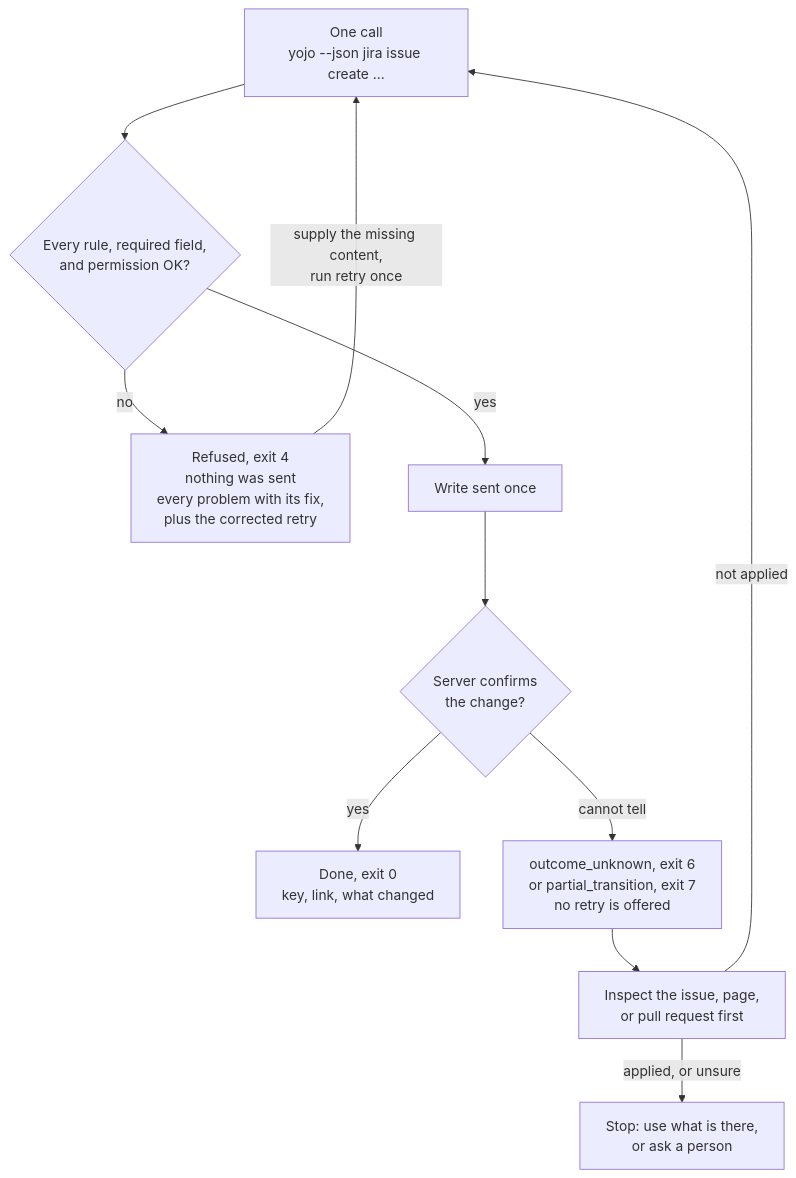
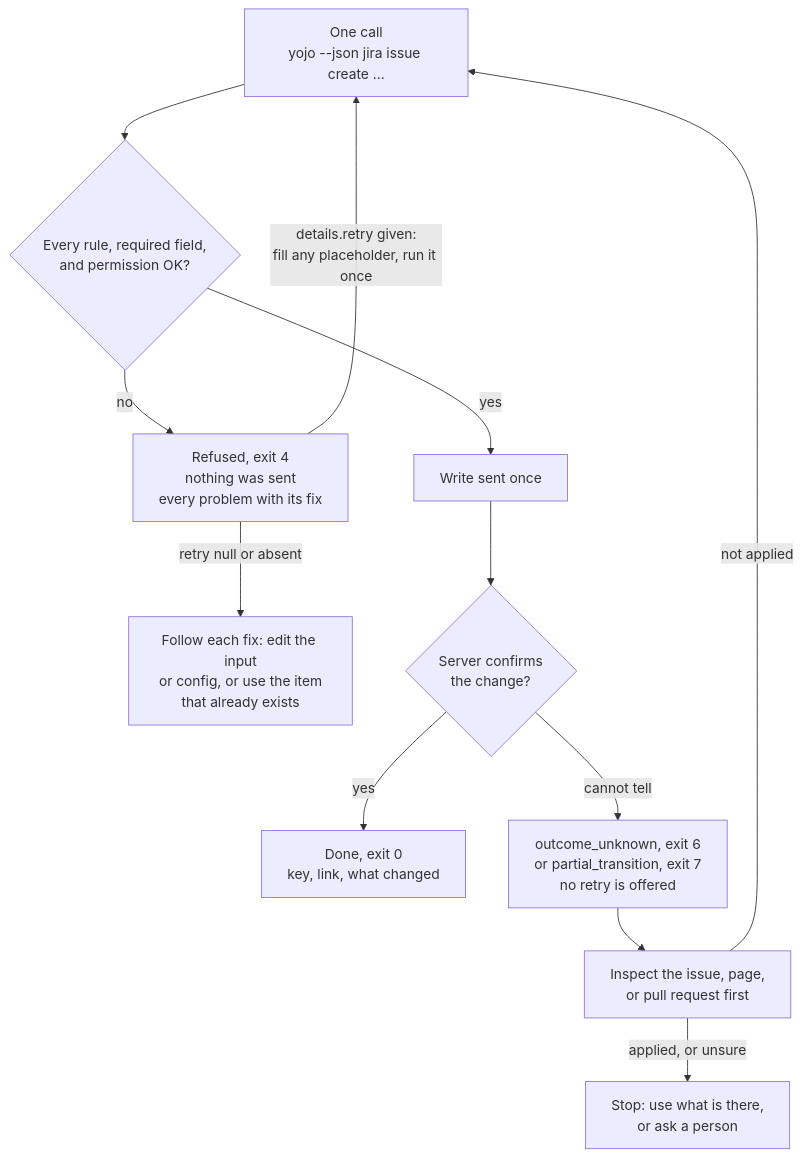
Before and after one commit to calvinware/atlass-cli: the first of 3 diagrams in README.md, drawn with Mermaid. The commit also changed other lines of this file and 15 other files, not shown here.

````diff
--- a/README.md
+++ b/README.md
@@ -76,13 +76,14 @@
 ```mermaid
 flowchart TD
     Call["One call<br/>yojo --json jira issue create ..."] --> Check{"Every rule, required field,<br/>and permission OK?"}
-    Check -->|"no"| Refused["Refused, exit 4<br/>nothing was sent<br/>every problem with its fix,<br/>plus the corrected retry"]
-    Refused -->|"supply the missing content,<br/>run retry once"| Call
+    Check -->|"no"| Refused["Refused, exit 4<br/>nothing was sent<br/>every problem with its fix"]
+    Refused -->|"details.retry given:<br/>fill any placeholder, run it once"| Call
+    Refused -->|"retry null or absent"| FixOnly["Follow each fix: edit the input<br/>or config, or use the item<br/>that already exists"]
     Check -->|"yes"| Write["Write sent once"]
     Write --> Confirm{"Server confirms<br/>the change?"}
     Confirm -->|"yes"| Done["Done, exit 0<br/>key, link, what changed"]
     Confirm -->|"cannot tell"| Unknown["outcome_unknown, exit 6<br/>or partial_transition, exit 7<br/>no retry is offered"]
     Unknown --> Inspect["Inspect the issue, page,<br/>or pull request first"]
     Inspect -->|"not applied"| Call
     Inspect -->|"applied, or unsure"| Stop["Stop: use what is there,<br/>or ask a person"]
 ```
````
